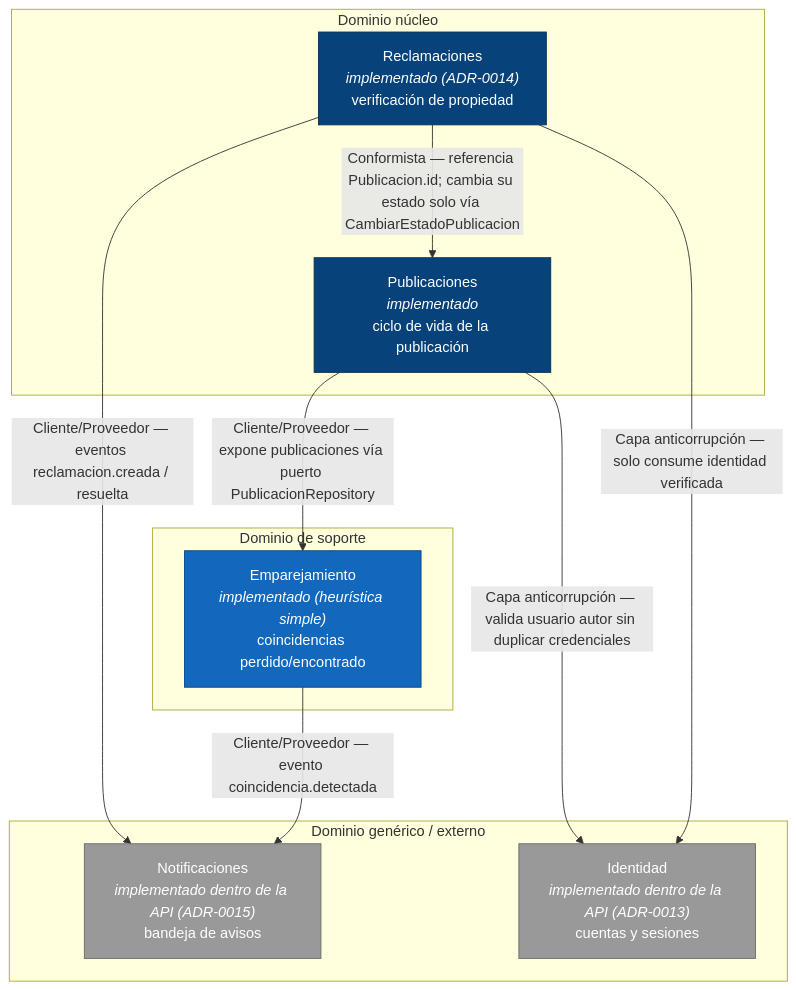
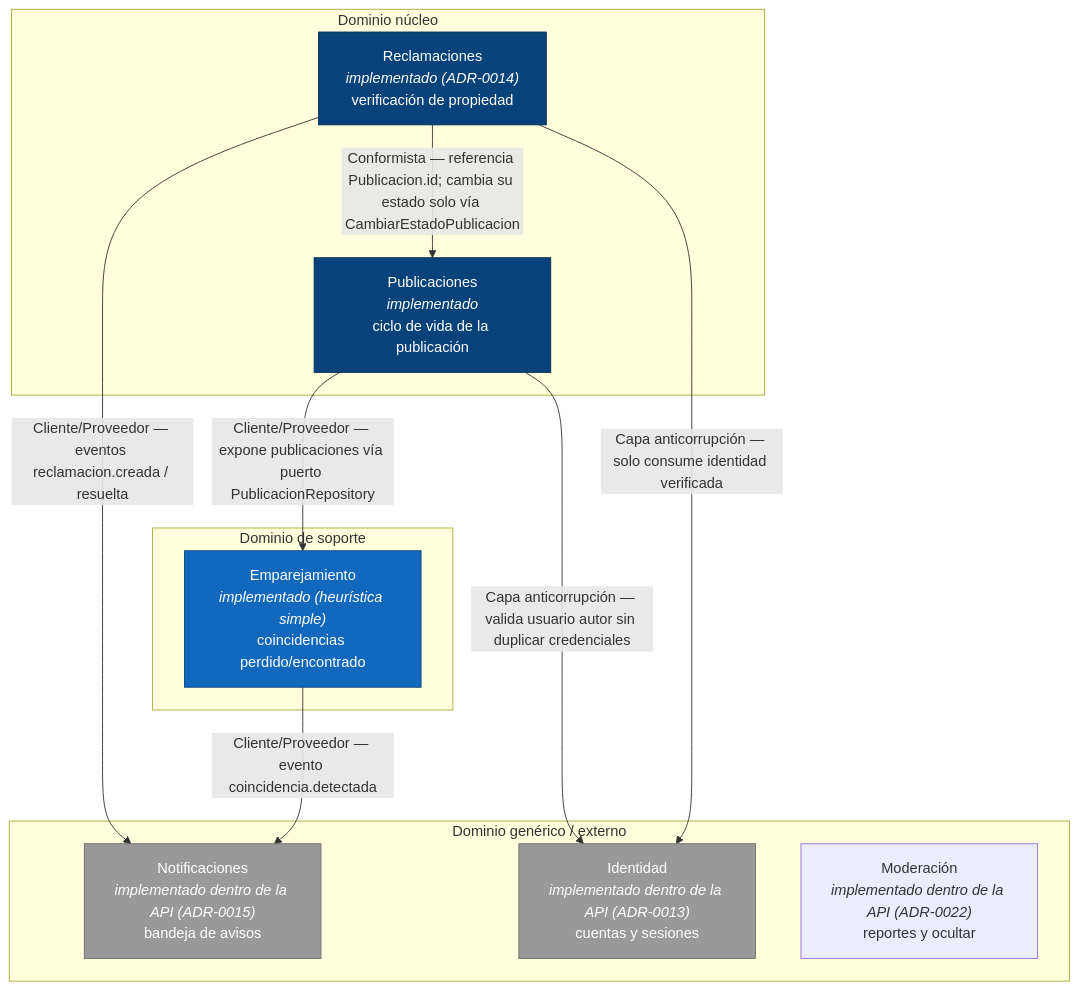
The diagram in docs/context-map.md (ISCOUTB/AS_202620_Recobra), drawn with Mermaid before and after one commit. The commit also changed other lines of this file and 35 other files, not shown here.

````diff
--- a/docs/context-map.md
+++ b/docs/context-map.md
@@ -12,31 +12,32 @@
 ```mermaid
 flowchart TB
     subgraph nucleo["Dominio núcleo"]
         PUB["Publicaciones<br/><i>implementado</i><br/>ciclo de vida de la publicación"]
         REC["Reclamaciones<br/><i>implementado (ADR-0014)</i><br/>verificación de propiedad"]
     end
 
     subgraph soporte["Dominio de soporte"]
         MATCH["Emparejamiento<br/><i>implementado (heurística simple)</i><br/>coincidencias perdido/encontrado"]
     end
 
     subgraph generico["Dominio genérico / externo"]
         NOTIF["Notificaciones<br/><i>implementado dentro de la API (ADR-0015)</i><br/>bandeja de avisos"]
         AUTH["Identidad<br/><i>implementado dentro de la API (ADR-0013)</i><br/>cuentas y sesiones"]
+        MOD["Moderación<br/><i>implementado dentro de la API (ADR-0022)</i><br/>reportes y ocultar"]
     end
 
     PUB -->|"Cliente/Proveedor — expone publicaciones vía puerto PublicacionRepository"| MATCH
     MATCH -->|"Cliente/Proveedor — evento coincidencia.detectada"| NOTIF
     REC -->|"Cliente/Proveedor — eventos reclamacion.creada / resuelta"| NOTIF
     REC -->|"Conformista — referencia Publicacion.id; cambia su estado solo vía CambiarEstadoPublicacion"| PUB
     REC -->|"Capa anticorrupción — solo consume identidad verificada"| AUTH
     PUB -->|"Capa anticorrupción — valida usuario autor sin duplicar credenciales"| AUTH
 
     classDef nucleo fill:#08427b,color:#fff,stroke:#052e56;
     classDef soporte fill:#1168bd,color:#fff,stroke:#0b4884;
     classDef externo fill:#999999,color:#fff,stroke:#6b6b6b;
 
     class PUB,REC nucleo;
     class MATCH soporte;
     class NOTIF,AUTH externo;
 ```
````
